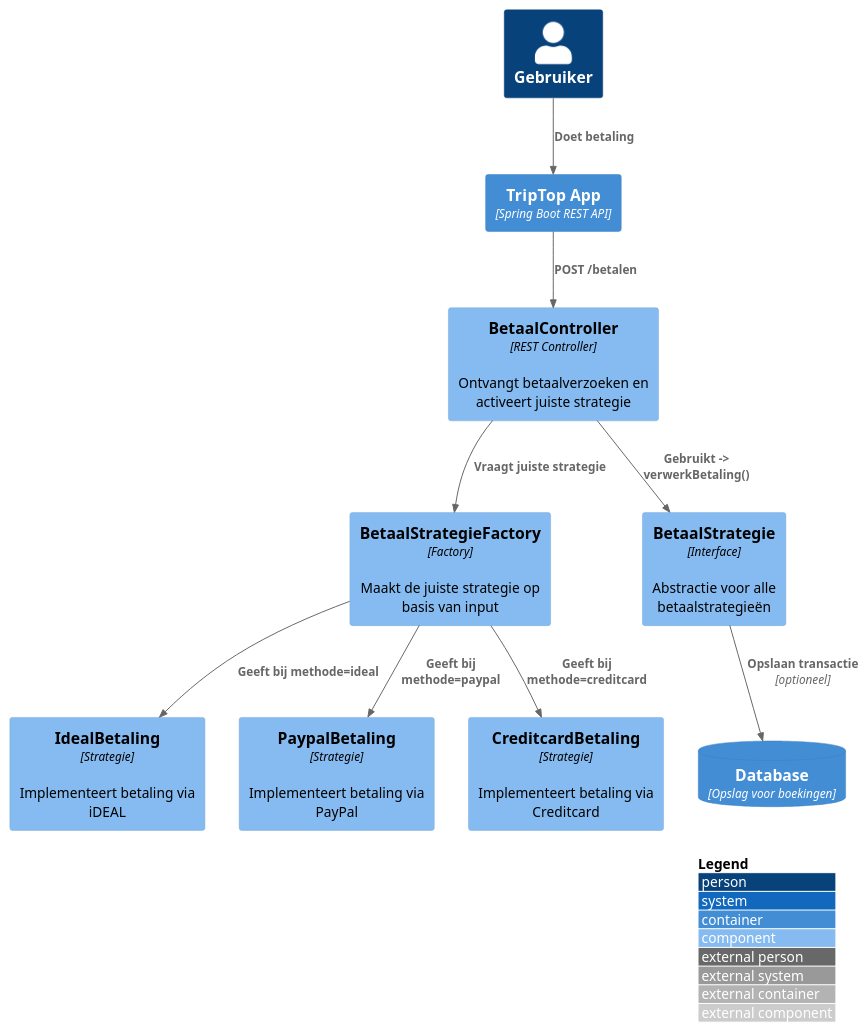
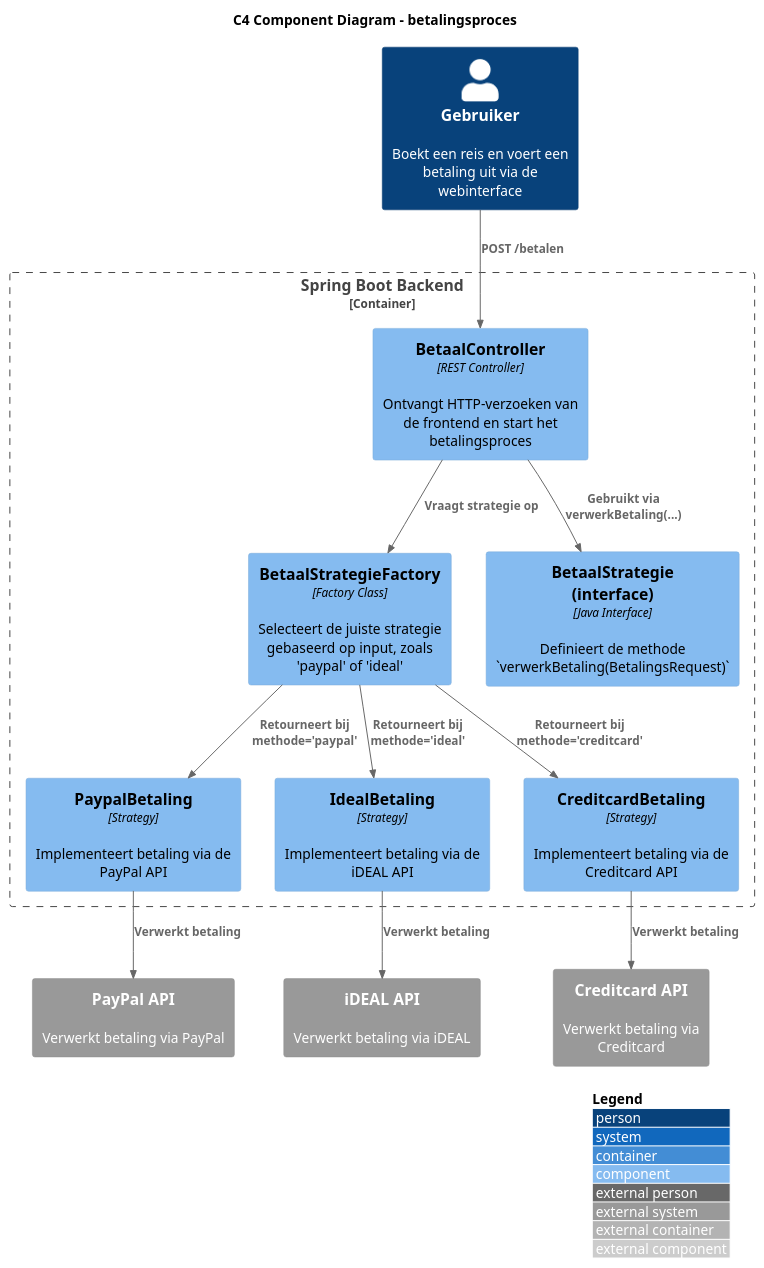
Before and after one commit to AIM-ENE-feb25/triptop-groep-5: the diagram in software-guidebook/betaalmethodescomponent.puml, drawn with PlantUML. The commit also changed 8 other files, not shown here.

Commit message:
diagramen in sgb

```diff
--- a/software-guidebook/betaalmethodescomponent.puml
+++ b/software-guidebook/betaalmethodescomponent.puml
@@ -1,28 +1,40 @@
-@startuml
-!includeurl https://raw.githubusercontent.com/plantuml-stdlib/C4-PlantUML/master/C4_Component.puml
+@startuml "C4 Component Diagram - betalingsproces"
+!include https://raw.githubusercontent.com/plantuml-stdlib/C4-PlantUML/master/C4_Component.puml
 
 LAYOUT_WITH_LEGEND()
 
-Person(user, "Gebruiker")
+title "C4 Component Diagram - betalingsproces"
 
-Container(webApp, "TripTop App", "Spring Boot REST API")
+Person(user, "Gebruiker", "Boekt een reis en voert een betaling uit via de webinterface")
 
-ContainerDb(db, "Database", "Opslag voor boekingen")
+Container_Boundary(backend, "Spring Boot Backend") {
 
-Component(controller, "BetaalController", "REST Controller", "Ontvangt betaalverzoeken en activeert juiste strategie")
-Component(factory, "BetaalStrategieFactory", "Factory", "Maakt de juiste strategie op basis van input")
-Component(strategy, "BetaalStrategie", "Interface", "Abstractie voor alle betaalstrategieën")
-Component(ideal, "IdealBetaling", "Strategie", "Implementeert betaling via iDEAL")
-Component(paypal, "PaypalBetaling", "Strategie", "Implementeert betaling via PayPal")
-Component(cc, "CreditcardBetaling", "Strategie", "Implementeert betaling via Creditcard")
+  Component(controller, "BetaalController", "REST Controller","Ontvangt HTTP-verzoeken van de frontend en start het betalingsproces")
 
-Rel(user, webApp, "Doet betaling")
-Rel(webApp, controller, "POST /betalen")
-Rel(controller, factory, "Vraagt juiste strategie")
-Rel(factory, ideal, "Geeft bij methode=ideal")
-Rel(factory, paypal, "Geeft bij methode=paypal")
-Rel(factory, cc, "Geeft bij methode=creditcard")
-Rel(controller, strategy, "Gebruikt -> verwerkBetaling()")
-Rel(strategy, db, "Opslaan transactie", "optioneel")
+  Component(factory, "BetaalStrategieFactory", "Factory Class","Selecteert de juiste strategie gebaseerd op input, zoals 'paypal' of 'ideal'")
+
+  Component(interface, "BetaalStrategie (interface)", "Java Interface","Definieert de methode `verwerkBetaling(BetalingsRequest)`")
+
+  Component(paypal, "PaypalBetaling", "Strategy","Implementeert betaling via de PayPal API")
+
+  Component(ideal, "IdealBetaling", "Strategy","Implementeert betaling via de iDEAL API")
+
+  Component(cc, "CreditcardBetaling", "Strategy","Implementeert betaling via de Creditcard API")
+}
+
+System_Ext(paypalAPI, "PayPal API", "Verwerkt betaling via PayPal")
+System_Ext(idealAPI, "iDEAL API", "Verwerkt betaling via iDEAL")
+System_Ext(ccAPI, "Creditcard API", "Verwerkt betaling via Creditcard")
+
+Rel(user, controller, "POST /betalen")
+Rel(controller, factory, "Vraagt strategie op")
+Rel(factory, paypal, "Retourneert bij methode='paypal'")
+Rel(factory, ideal, "Retourneert bij methode='ideal'")
+Rel(factory, cc, "Retourneert bij methode='creditcard'")
+Rel(controller, interface, "Gebruikt via verwerkBetaling(...)")
+
+Rel(paypal, paypalAPI, "Verwerkt betaling")
+Rel(ideal, idealAPI, "Verwerkt betaling")
+Rel(cc, ccAPI, "Verwerkt betaling")
 
 @enduml
```
